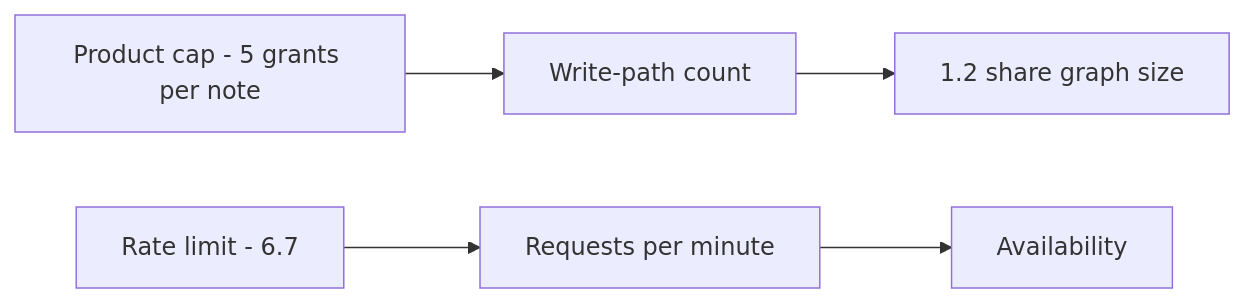
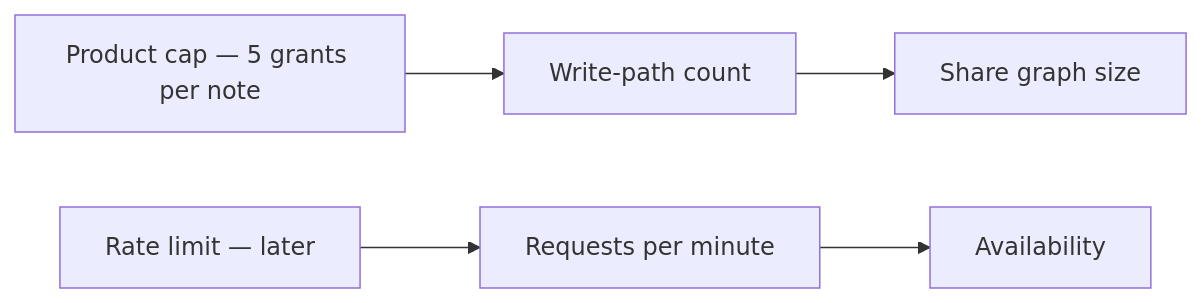
The second of 2 diagrams in content/modules/3/3.4/lessons/01-property.md (ishitvagoel/LearnSecurity), drawn with Mermaid before and after one commit. The commit also changed other lines of this file and 31 other files, not shown here.

````diff
--- a/content/modules/3/3.4/lessons/01-property.md
+++ b/content/modules/3/3.4/lessons/01-property.md
@@ -36,7 +35,7 @@
 ```mermaid
 flowchart LR
-  Cap["Product cap - 5 grants per note"] --> Logic[Write-path count]
-  Rate["Rate limit - 6.7"] --> Abuse[Requests per minute]
-  Logic --> Integrity["1.2 share graph size"]
+  Cap["Product cap — 5 grants per note"] --> Logic[Write-path count]
+  Rate["Rate limit — later"] --> Abuse[Requests per minute]
+  Logic --> Integrity["Share graph size"]
   Abuse --> Avail[Availability]
 ```
````
